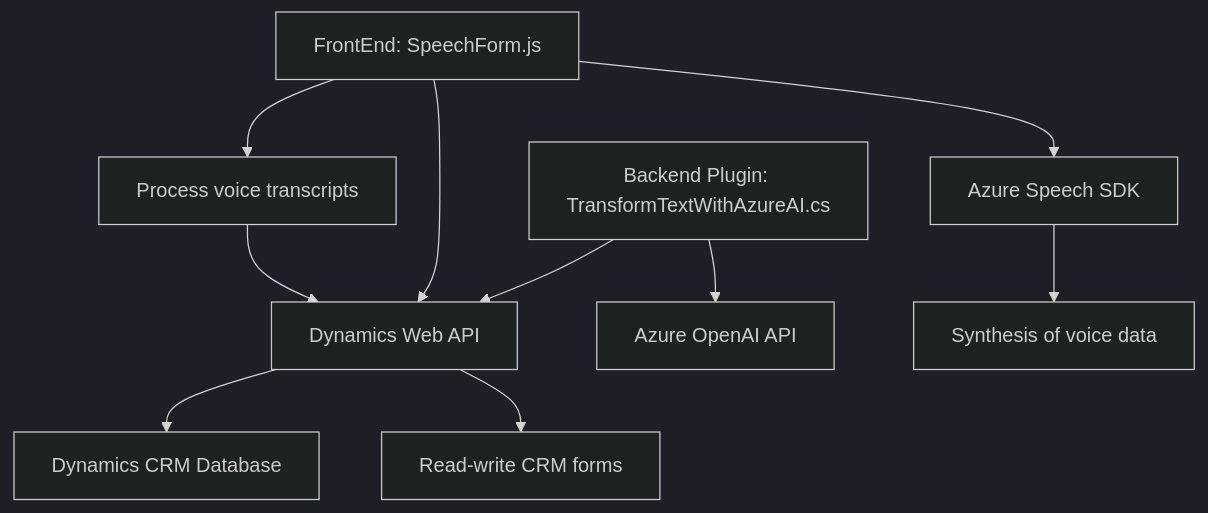
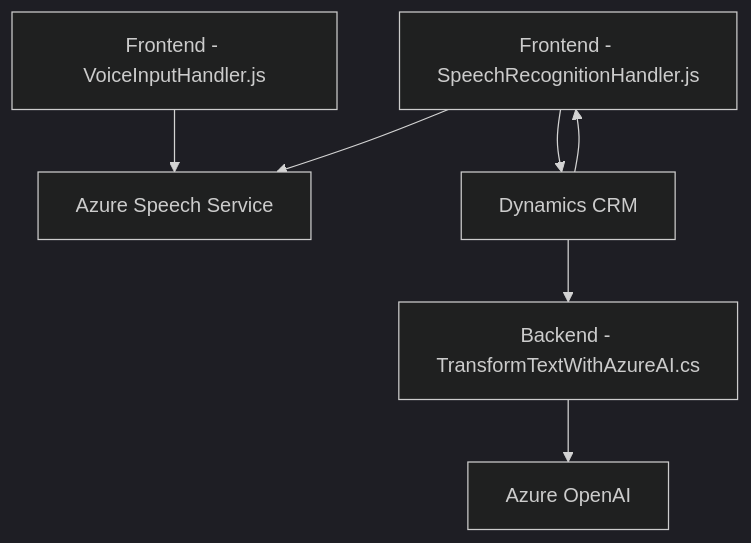
Before and after one commit to blopezdm/NETCORE_BILBAO2025: the diagram in README.md, drawn with Mermaid (dark theme). The commit also changed other lines of this file, not shown here.

````diff
--- a/README.md
+++ b/README.md
@@ -30,12 +37,16 @@
 ```mermaid
 graph TD
-A["FrontEnd: VoiceInputHandler.js"] --> B["Azure Speech SDK"]
-A --> C["Dynamics Web API"]
-B --> D["Synthesis of voice data"]
-C --> E["Read-write CRM forms"]
-A["FrontEnd: SpeechForm.js"] --> F["Process voice transcripts"]
-F --> C
-G["Backend Plugin: TransformTextWithAzureAI.cs"] --> H["Azure OpenAI API"]
-G --> C
-C --> I["Dynamics CRM Database"]
+    A["Frontend - VoiceInputHandler.js"]
+    B["Frontend - SpeechRecognitionHandler.js"]
+    C["Backend - TransformTextWithAzureAI.cs"]
+    D["Azure Speech Service"]
+    E["Azure OpenAI"]
+    F["Dynamics CRM"]
+
+    A --> D
+    B --> D
+    F --> B
+    B --> F
+    F --> C
+    C --> E
 ```
````
